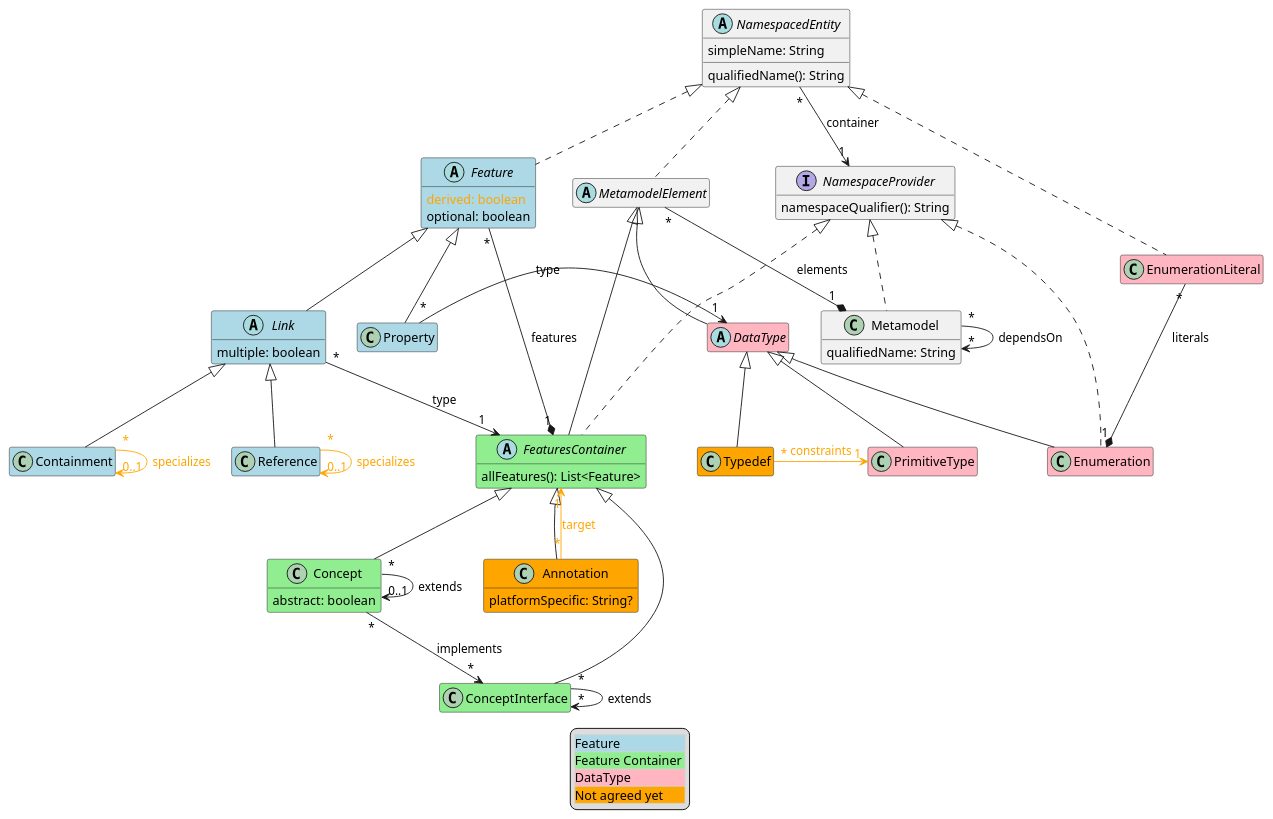
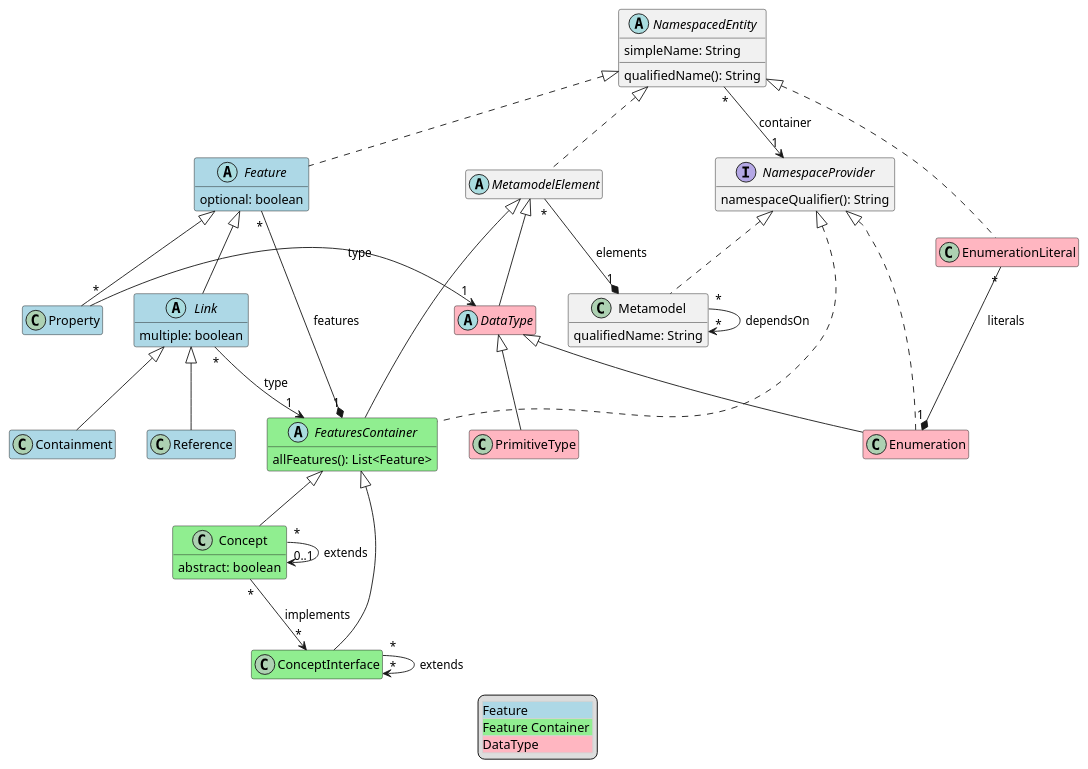
The diagram in lioncore/metametamodel.puml (LionWeb-io/specification), drawn with PlantUML before and after one commit. The commit also changed 1 other file, not shown here.

Commit message:
removed "not agreed yet" elements from M3 diagram

```diff
--- a/lioncore/metametamodel.puml
+++ b/lioncore/metametamodel.puml
@@ -1,92 +1,76 @@
 @startuml
 hide empty members
-
-class Annotation #orange extends FeaturesContainer  {
-  platformSpecific: String?
-}
 
 class Concept #LightGreen extends FeaturesContainer {
   abstract: boolean
 }
 
 class ConceptInterface #LightGreen extends FeaturesContainer
 
 class Containment #LightBlue extends Link
 
 abstract class DataType #LightPink extends MetamodelElement
 
 class Enumeration #LightPink extends DataType implements NamespaceProvider
 
 class EnumerationLiteral #LightPink implements NamespacedEntity
 
 abstract class Feature #LightBlue implements NamespacedEntity {
-  <color:#orange>derived: boolean</color>
   optional: boolean
 }
 
 abstract class FeaturesContainer #LightGreen extends MetamodelElement implements NamespaceProvider {
   allFeatures(): List<Feature>
 }
 
 abstract class Link #LightBlue extends Feature {
   multiple: boolean
 }
 
 class Metamodel implements NamespaceProvider {
   qualifiedName: String
 }
 
 abstract class MetamodelElement implements NamespacedEntity
 
 abstract class NamespacedEntity {
   simpleName: String
   qualifiedName(): String
 }
 
 interface NamespaceProvider {
   namespaceQualifier(): String
 }
 
 class PrimitiveType #LightPink extends DataType
 
 class Property #LightBlue extends Feature
 
 class Reference #LightBlue extends Link
 
-class Typedef #orange extends DataType
-
 ' relations:
-
-Annotation "*" --> "1" FeaturesContainer #orange;text:orange : target
 
 Concept "*" -> "0..1" Concept: extends
 Concept "*" --> "*" ConceptInterface: implements
 
 ConceptInterface "*" --> "*" ConceptInterface: extends
-
-Containment "*" -> "0..1" Containment #orange;text:orange : specializes
 
 EnumerationLiteral "*" -* "1" Enumeration : literals
 
 Feature "*" -* "1" FeaturesContainer: features
 
 Link "*" --> "1" FeaturesContainer: type
 
 Metamodel "*" --> "*" Metamodel: dependsOn
 MetamodelElement "*" -* "1" Metamodel: elements
 
 NamespacedEntity "*" --> "1" NamespaceProvider: container
 
 Property "*" -> "1" DataType: type
 
-Reference "*" -> "0..1" Reference #orange;text:orange : specializes
-
-Typedef "*" -> "1" PrimitiveType #orange;text:orange : constraints
-
 legend
   <#LightGray,#LightGray>| <#LightBlue>Feature |
   | <#LightGreen>Feature Container |
   | <#LightPink>DataType |
-  | <#orange>Not agreed yet |
 end legend
 @enduml
```
